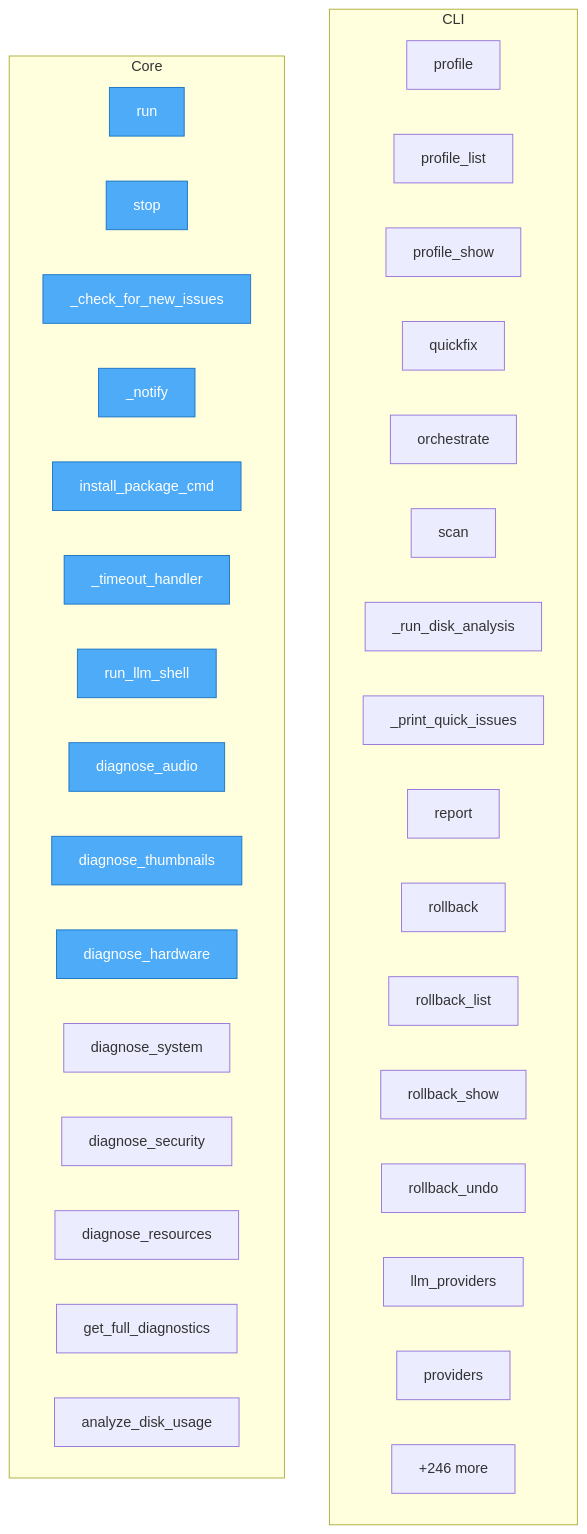
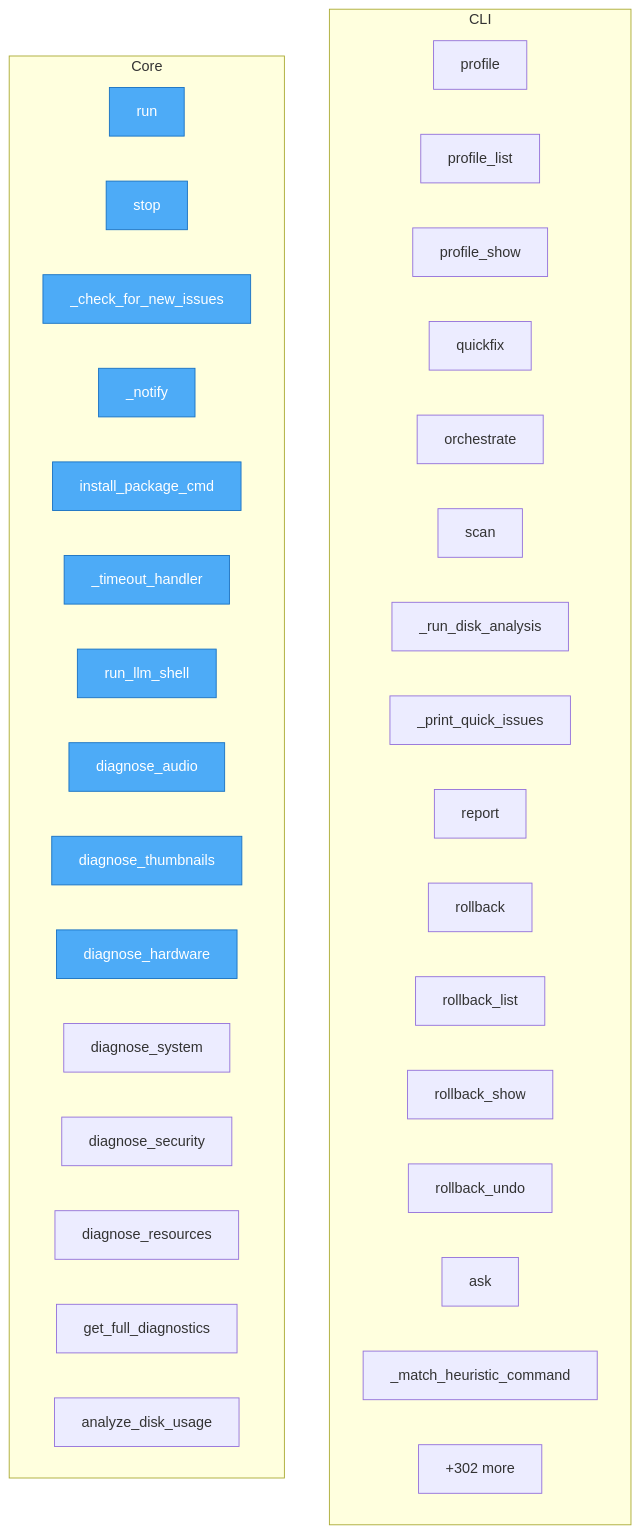
Before and after one commit to wronai/fixos: the diagram in project/flow.mmd, drawn with Mermaid. The commit also changed 20 other files, not shown here.

```diff
--- a/project/flow.mmd
+++ b/project/flow.mmd
@@ -1,44 +1,44 @@
 flowchart TD
 
     %% Entry points (blue)
     classDef entry fill:#4dabf7,stroke:#1971c2,color:#fff
 
     subgraph CLI
         fixos__cli__profile_cmd__profile["profile"]
         fixos__cli__profile_cmd__profile_list["profile_list"]
         fixos__cli__profile_cmd__profile_show["profile_show"]
         fixos__cli__quickfix_cmd__quickfix["quickfix"]
         fixos__cli__orchestrate_cmd__orchestrate["orchestrate"]
         fixos__cli__scan_cmd__scan["scan"]
         fixos__cli__scan_cmd___run_disk_analysis["_run_disk_analysis"]
         fixos__cli__scan_cmd___print_quick_issues["_print_quick_issues"]
         fixos__cli__report_cmd__report["report"]
         fixos__cli__rollback_cmd__rollback["rollback"]
         fixos__cli__rollback_cmd__rollback_list["rollback_list"]
         fixos__cli__rollback_cmd__rollback_show["rollback_show"]
         fixos__cli__rollback_cmd__rollback_undo["rollback_undo"]
-        fixos__cli__provider_cmd__llm_providers["llm_providers"]
-        fixos__cli__provider_cmd__providers["providers"]
-        ...["+43 more"]
+        fixos__cli__ask_cmd__ask["ask"]
+        fixos__cli__ask_cmd___match_heuristic_command["_match_heuristic_command"]
+        ...["+49 more"]
     end
 
     subgraph Core
         fixos__watch__WatchDaemon__run["run"]
         fixos__watch__WatchDaemon__stop["stop"]
         fixos__watch__WatchDaemon___check_for_new_issues["_check_for_new_issues"]
         fixos__watch__WatchDaemon___notify["_notify"]
         fixos__platform_utils__install_package_cmd["install_package_cmd"]
         fixos__llm_shell___timeout_handler["_timeout_handler"]
         fixos__llm_shell__run_llm_shell["run_llm_shell"]
         fixos__diagnostics__system_checks__diagnose_audio["diagnose_audio"]
         fixos__diagnostics__system_checks__diagnose_thumbnails["diagnose_thumbnails"]
         fixos__diagnostics__system_checks__diagnose_hardware["diagnose_hardware"]
         fixos__diagnostics__system_checks__diagnose_system["diagnose_system"]
         fixos__diagnostics__system_checks__diagnose_security["diagnose_security"]
         fixos__diagnostics__system_checks__diagnose_resources["diagnose_resources"]
         fixos__diagnostics__system_checks__get_full_diagnostics["get_full_diagnostics"]
         fixos__diagnostics__disk_analyzer__DiskAnalyzer__analyze_disk_usage["analyze_disk_usage"]
-        ...["+246 more"]
+        ...["+302 more"]
     end
 
     class fixos__watch__WatchDaemon__run,fixos__watch__WatchDaemon__stop,fixos__watch__WatchDaemon___check_for_new_issues,fixos__watch__WatchDaemon___notify,fixos__platform_utils__install_package_cmd,fixos__llm_shell___timeout_handler,fixos__llm_shell__run_llm_shell,fixos__diagnostics__system_checks__diagnose_audio,fixos__diagnostics__system_checks__diagnose_thumbnails,fixos__diagnostics__system_checks__diagnose_hardware entry
```
